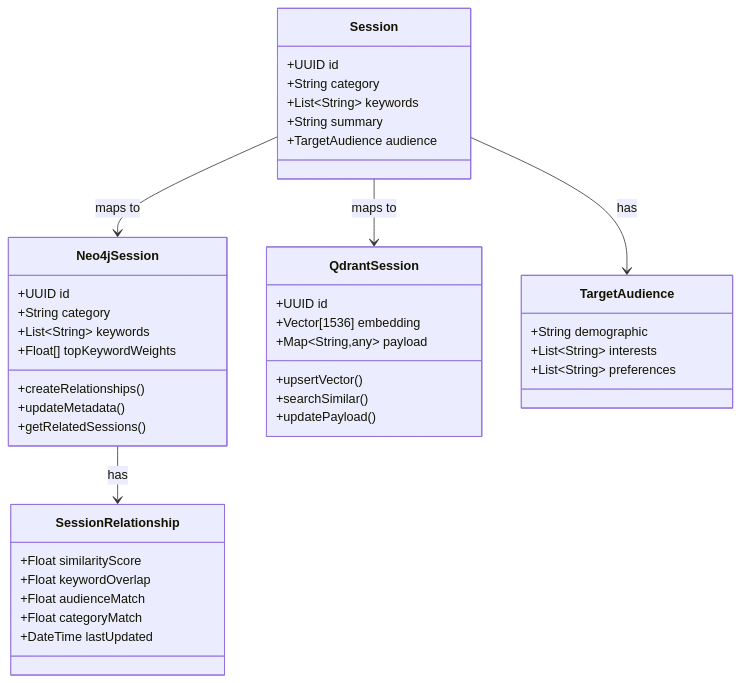
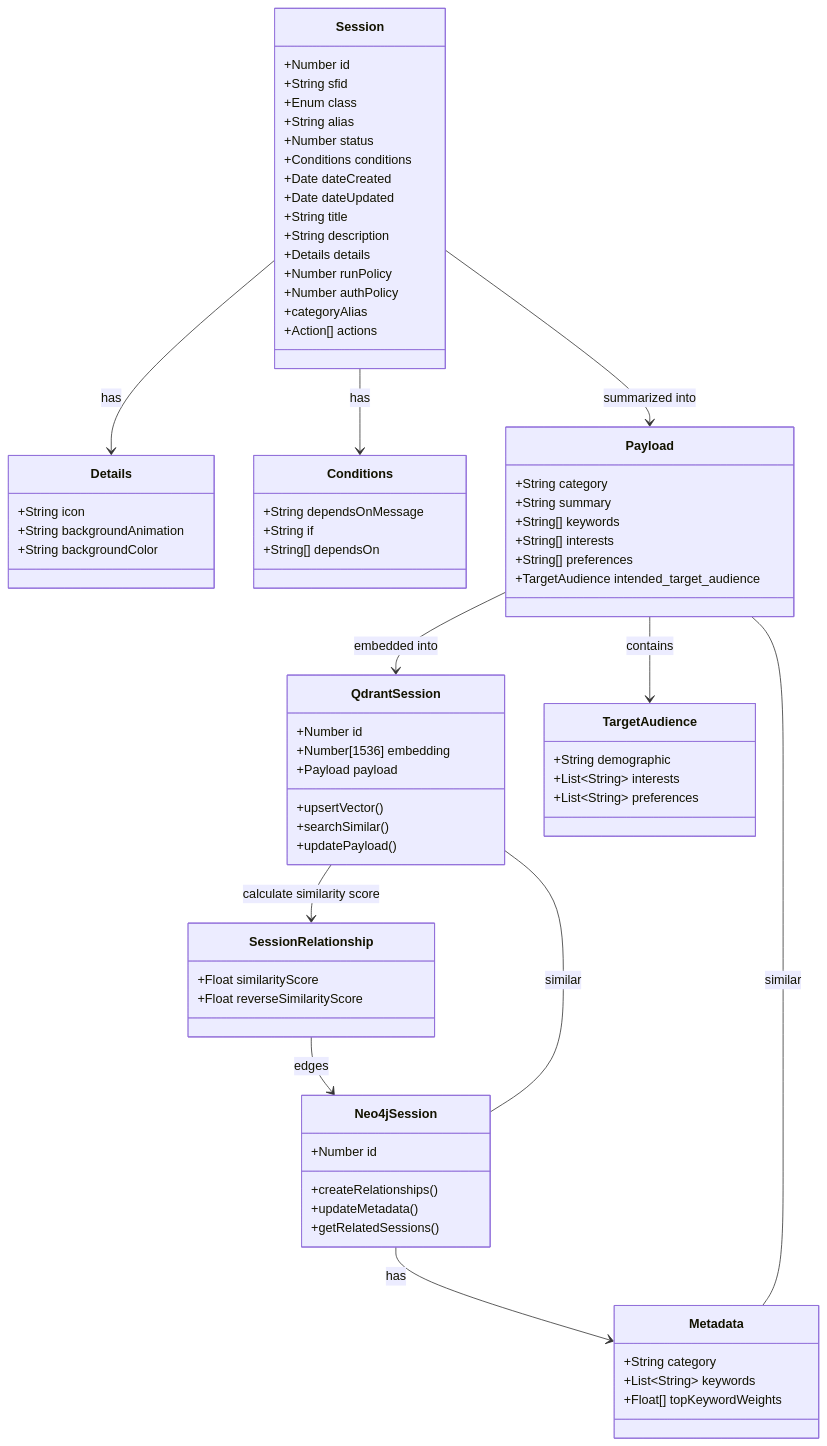
The diagram in apps/find-your-flow-rag/developer/flow recommendation/databases.md (c-wenlong/corite-pocs), drawn with Mermaid before and after one commit. The commit also changed 1 other file, not shown here.

````diff
--- a/apps/find-your-flow-rag/developer/flow recommendation/databases.md
+++ b/apps/find-your-flow-rag/developer/flow recommendation/databases.md
@@ -1,48 +1,93 @@
 ```mermaid
 classDiagram
-    class Session {
-        +UUID id
-        +String category
-        +List~String~ keywords
-        +String summary
-        +TargetAudience audience
-    }
+  class Session {
+    +Number id
+    +String sfid
+    +Enum class
+    +String alias
+    +Number status
+    +Conditions conditions
+    +Date dateCreated
+    +Date dateUpdated
+    +String title
+    +String description
+    +Details details
+    +Number runPolicy
+    +Number authPolicy
+    +categoryAlias
+    +Action[] actions
+  }
 
-    class Neo4jSession {
-        +UUID id
-        +String category
-        +List~String~ keywords
-        +Float[] topKeywordWeights
-        +createRelationships()
-        +updateMetadata()
-        +getRelatedSessions()
-    }
+  Session --> Details: has
 
-    class QdrantSession {
-        +UUID id
-        +Vector[1536] embedding
-        +Map~String,any~ payload
-        +upsertVector()
-        +searchSimilar()
-        +updatePayload()
-    }
+  class Details {
+    +String icon
+    +String backgroundAnimation
+    +String backgroundColor
+  }
 
-    class SessionRelationship {
-        +Float similarityScore
-        +Float keywordOverlap
-        +Float audienceMatch
-        +Float categoryMatch
-        +DateTime lastUpdated
-    }
+  Session --> Conditions: has
 
-    class TargetAudience {
-        +String demographic
-        +List~String~ interests
-        +List~String~ preferences
-    }
+  class Conditions {
+    +String dependsOnMessage
+    +String if
+    +String[] dependsOn
+  }
 
-    Session --> Neo4jSession : maps to
-    Session --> QdrantSession : maps to
-    Neo4jSession --> SessionRelationship : has
-    Session --> TargetAudience : has
+  Session --> Payload: summarized into
+
+  class Payload {
+    +String category
+    +String summary
+    +String[] keywords
+    +String[] interests
+    +String[] preferences
+    +TargetAudience intended_target_audience
+  }
+
+  Payload --> QdrantSession: embedded into
+
+  class QdrantSession {
+    +Number id
+    +Number[1536] embedding
+    +Payload payload
+    +upsertVector()
+    +searchSimilar()
+    +updatePayload()
+  }
+
+  Payload --> TargetAudience: contains
+
+  class TargetAudience {
+    +String demographic
+    +List~String~ interests
+    +List~String~ preferences
+  }
+
+  QdrantSession --> SessionRelationship: calculate similarity score
+
+  class SessionRelationship {
+    +Float similarityScore
+    +Float reverseSimilarityScore
+  }
+
+  SessionRelationship --> Neo4jSession: edges
+
+  class Neo4jSession {
+    +Number id
+    +createRelationships()
+    +updateMetadata()
+    +getRelatedSessions()
+  }
+
+  Neo4jSession --> Metadata: has
+
+  class Metadata {
+    +String category
+    +List~String~ keywords
+    +Float[] topKeywordWeights
+  }
+
+  Neo4jSession -- QdrantSession: similar
+  Payload -- Metadata: similar
 ```
````
